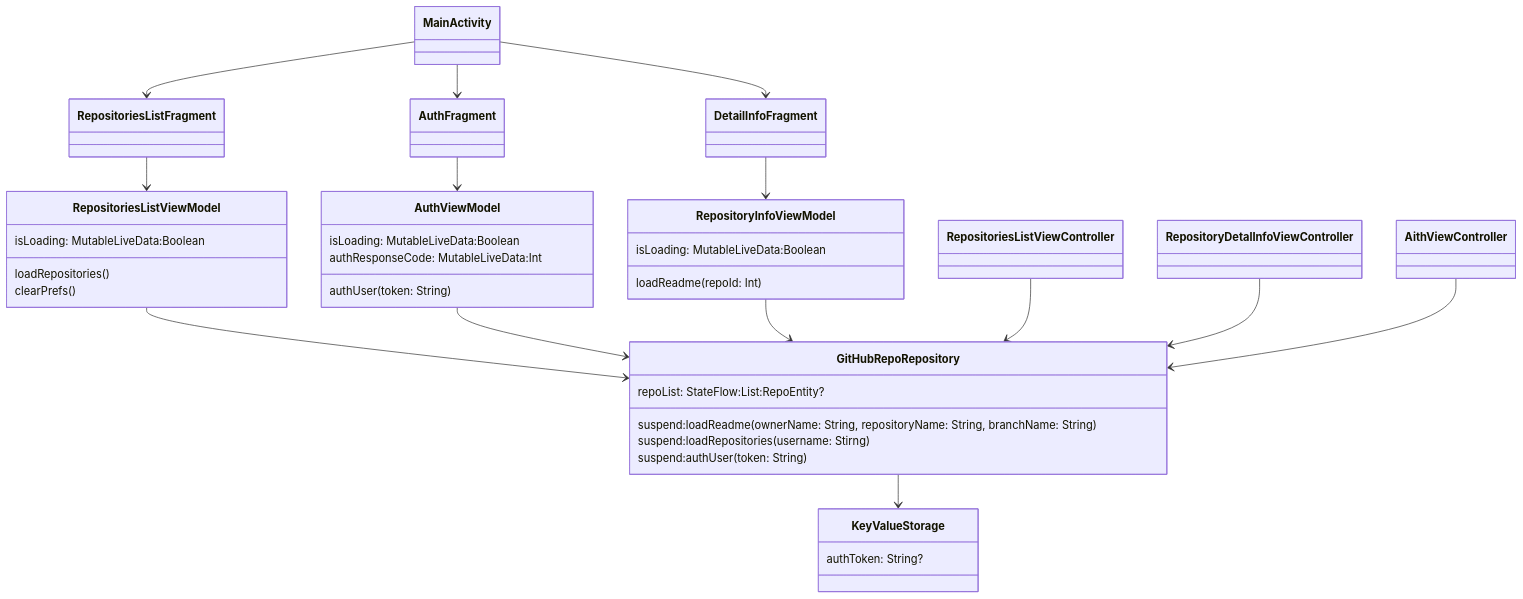
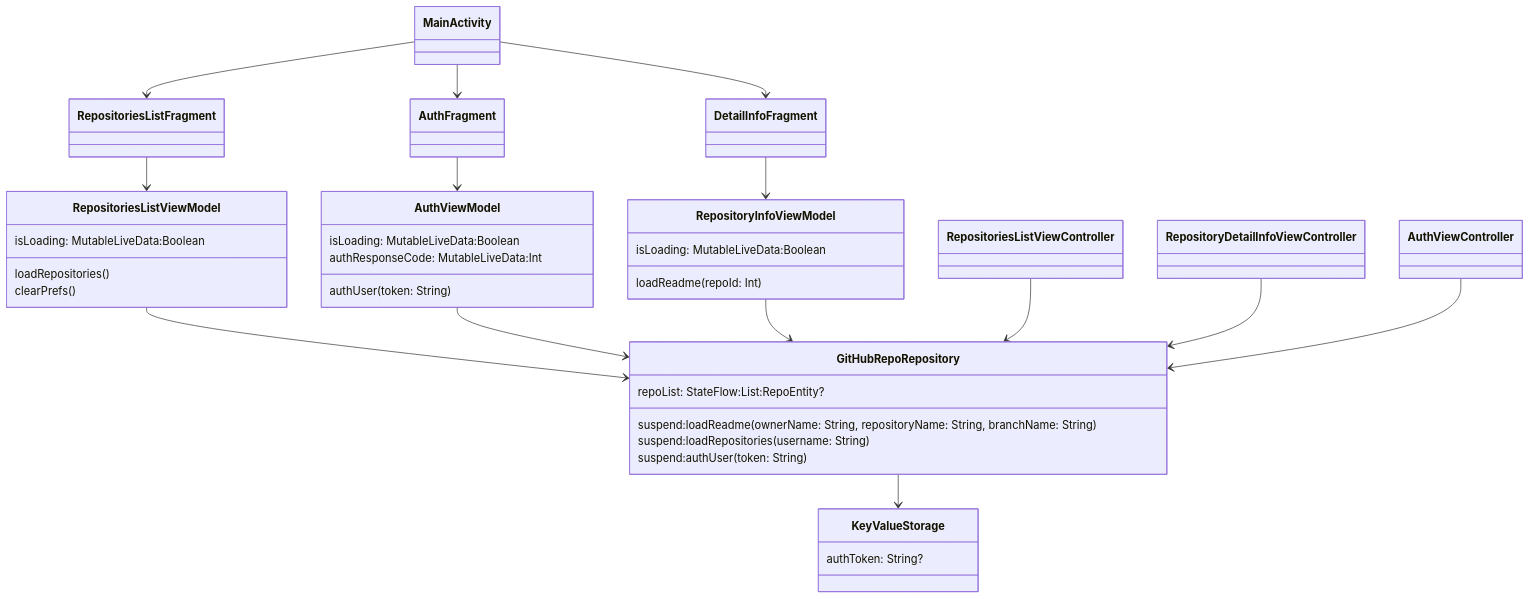
Before and after one commit to icerockdev/kmm.icerock.dev: the diagram in university/3-kotlin-multiplatform-mobile/practice.md, drawn with Mermaid. The commit also changed other lines of this file and 2 other files, not shown here.

Commit message:
add legend to kmm-graph and some fixes

````diff
--- a/university/3-kotlin-multiplatform-mobile/practice.md
+++ b/university/3-kotlin-multiplatform-mobile/practice.md
@@ -28,82 +32,82 @@
 ```mermaid
 classDiagram
 
 class AuthViewModel:::android{
   isLoading: MutableLiveData:Boolean
   authResponseCode: MutableLiveData:Int
   authUser(token: String)
 }
    
 class RepositoryInfoViewModel:::android{
   loadReadme(repoId: Int)
   isLoading: MutableLiveData:Boolean
 }
    
 class RepositoriesListViewModel:::android {
   isLoading: MutableLiveData:Boolean
   loadRepositories()
   clearPrefs()
 }
    
 class GitHubRepoRepository:::common{
   repoList: StateFlow:List:RepoEntity?
   suspend:loadReadme(ownerName: String, repositoryName: String, branchName: String)
-  suspend:loadRepositories(username: Stirng)
+  suspend:loadRepositories(username: String)
   suspend:authUser(token: String)
 }
 
 class KeyValueStorage:::common{
   authToken: String?
 }
 
 class MainActivity:::android
 class RepositoriesListFragment:::android
 class DetailInfoFragment:::android
 class AuthFragment:::android
 
 class RepositoriesListViewController:::ios
-class RepositoryDetalInfoViewController:::ios
-class AithViewController:::ios
+class RepositoryDetailInfoViewController:::ios
+class AuthViewController:::ios
 
 subgraph common
    GitHubRepoRepository
    KeyValueStorage
 end
 
 subgraph iOS
   RepositoriesListViewController
-  RepositoryDetalInfoViewController
-  AithViewController
+  RepositoryDetailInfoViewController
+  AuthViewController
 end
 
 subgraph Android
   MainActivity
 
   RepositoriesListFragment
   DetailInfoFragment
   AuthFragment
 
   RepositoriesListViewModel
   RepositoryInfoViewModel
   AuthViewModel
 end
 
 MainActivity --> AuthFragment
 MainActivity --> RepositoriesListFragment
 MainActivity --> DetailInfoFragment
 
 RepositoriesListFragment --> RepositoriesListViewModel
 DetailInfoFragment --> RepositoryInfoViewModel
 AuthFragment --> AuthViewModel
    
 RepositoriesListViewModel --> GitHubRepoRepository
 AuthViewModel --> GitHubRepoRepository
 RepositoryInfoViewModel --> GitHubRepoRepository
        
 
 RepositoriesListViewController --> GitHubRepoRepository
-RepositoryDetalInfoViewController --> GitHubRepoRepository
-AithViewController --> GitHubRepoRepository
+RepositoryDetailInfoViewController --> GitHubRepoRepository
+AuthViewController --> GitHubRepoRepository
 
 GitHubRepoRepository --> KeyValueStorage
 ```
````
